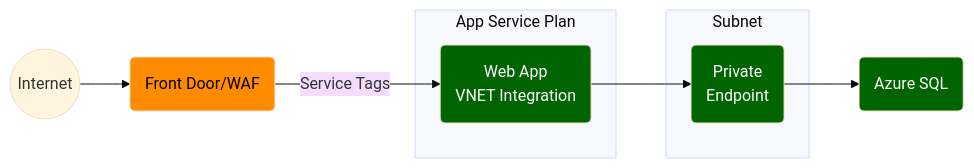
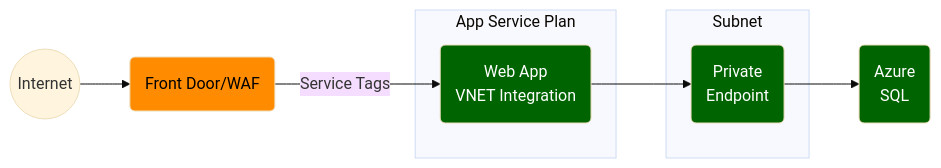
One commit to msalemor/app-services-networking changed the fourth of 7 diagrams in README.md. Above: the diagram before and after it, drawn with Mermaid (base theme). The commit also changed other lines of this file, not shown here.

````diff
--- a/README.md
+++ b/README.md
@@ -139,21 +139,21 @@
 ```mermaid
 graph LR;
   A((Internet))-->B(Front Door/WAF);
   B-- Service Tags -->a1;
   
     subgraph "App Service Plan"
       a1(Web App<br/>VNET Integration);
     end;
   
   a1-->a2;
   subgraph "Subnet"
     a2(Private<br/>Endpoint);
   end;
-  a2-->E(Azure SQL);
+  a2-->E(Azure<br/>SQL);
   classDef internet fill:#007FFF,color:white;
   classDef unsafe fill:#ff3333,color:white;
   classDef semisafe fill:darkorange,color:black;
   classDef safe fill:darkgreen,color:white;
   class B semisafe;
   class a1,a2,E safe;
 ```
````
